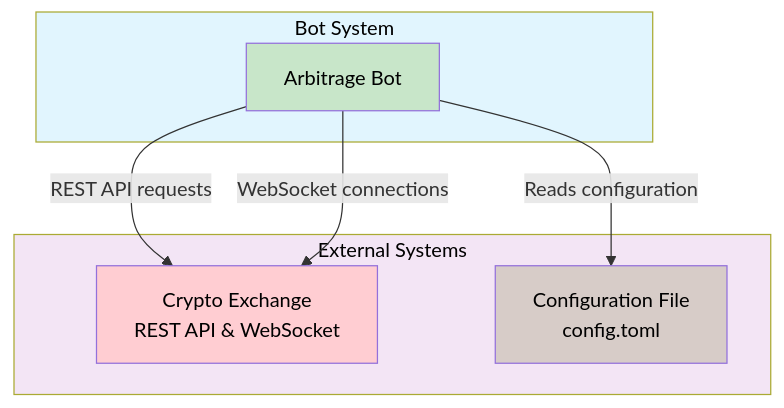
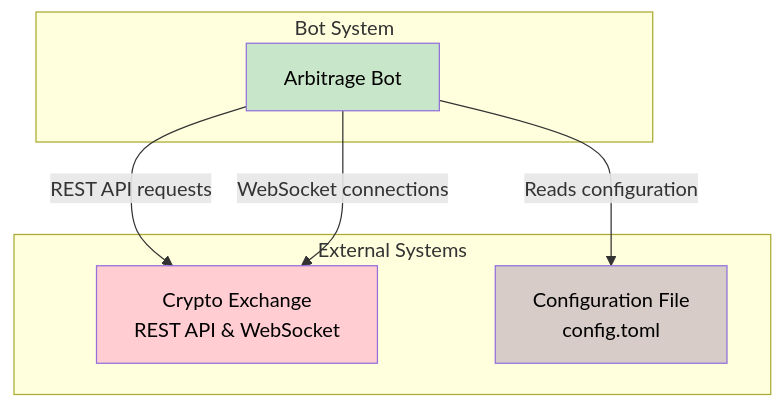
One commit to mkbeh/arb-bot-rs changed the first of 6 diagrams in docs/en/system-overview.md. Above: the diagram before and after it, drawn with Mermaid. The commit also changed 22 other files, not shown here.

````diff
--- a/docs/en/system-overview.md
+++ b/docs/en/system-overview.md
@@ -68,20 +68,18 @@
 ```mermaid
 flowchart TD
     subgraph ExternalSystems[External Systems]
         CryptoExchange[Crypto Exchange<br/>REST API & WebSocket]
         ConfigFile[Configuration File<br/>config.toml]
     end
 
     subgraph ArbBotRS[Bot System]
         ArbitrageBot[Arbitrage Bot]
     end
 
     ArbitrageBot -->|REST API requests| CryptoExchange
     ArbitrageBot -->|WebSocket connections| CryptoExchange
     ArbitrageBot -->|Reads configuration| ConfigFile
-    style ArbBotRS fill: #e1f5fe, color: #000000
-    style ExternalSystems fill: #f3e5f5, color: #000000
     style ArbitrageBot fill: #c8e6c9, color: #000000
     style CryptoExchange fill: #ffcdd2, color: #000000
     style ConfigFile fill: #d7ccc8, color: #000000
 ```
````
